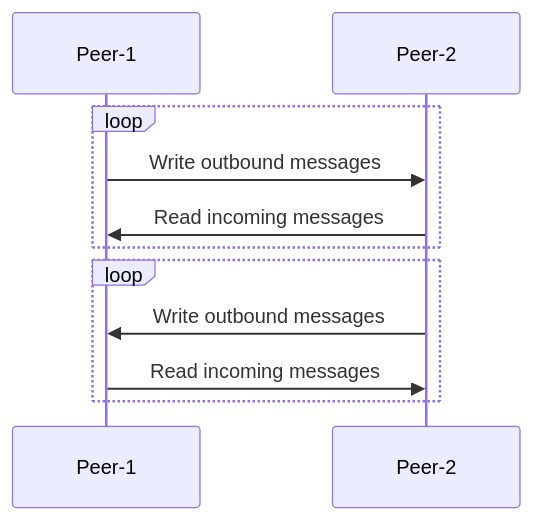
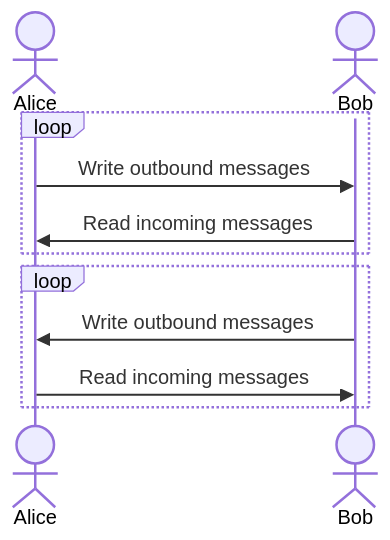
One commit to ava-labs/avalanchego changed the first of 7 diagrams in network/README.md. Above: the diagram before and after it, drawn with Mermaid. The commit also changed other lines of this file, not shown here.

````diff
--- a/network/README.md
+++ b/network/README.md
@@ -28,11 +28,13 @@
 ```mermaid
 sequenceDiagram
+    actor Alice
+    actor Bob
     loop 
-        Peer-1->>Peer-2: Write outbound messages
-        Peer-2->>Peer-1: Read incoming messages
+        Alice->>Bob: Write outbound messages
+        Bob->>Alice: Read incoming messages
     end
     loop
-        Peer-2->>Peer-1: Write outbound messages
-        Peer-1->>Peer-2: Read incoming messages
+        Bob->>Alice: Write outbound messages
+        Alice->>Bob: Read incoming messages
     end
 ```
````
